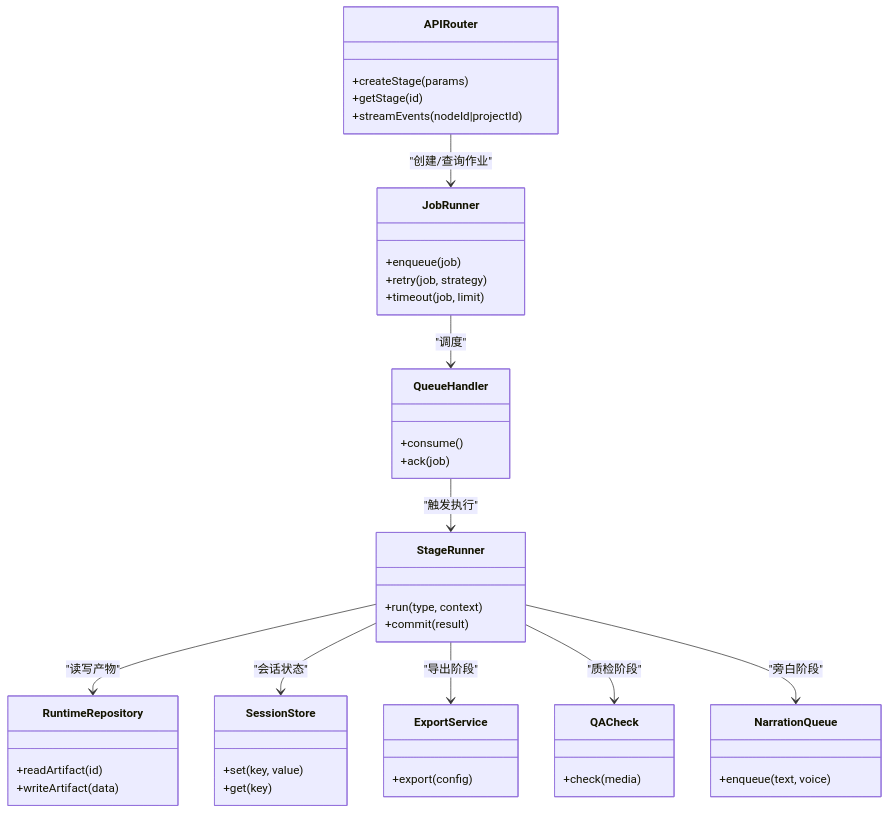
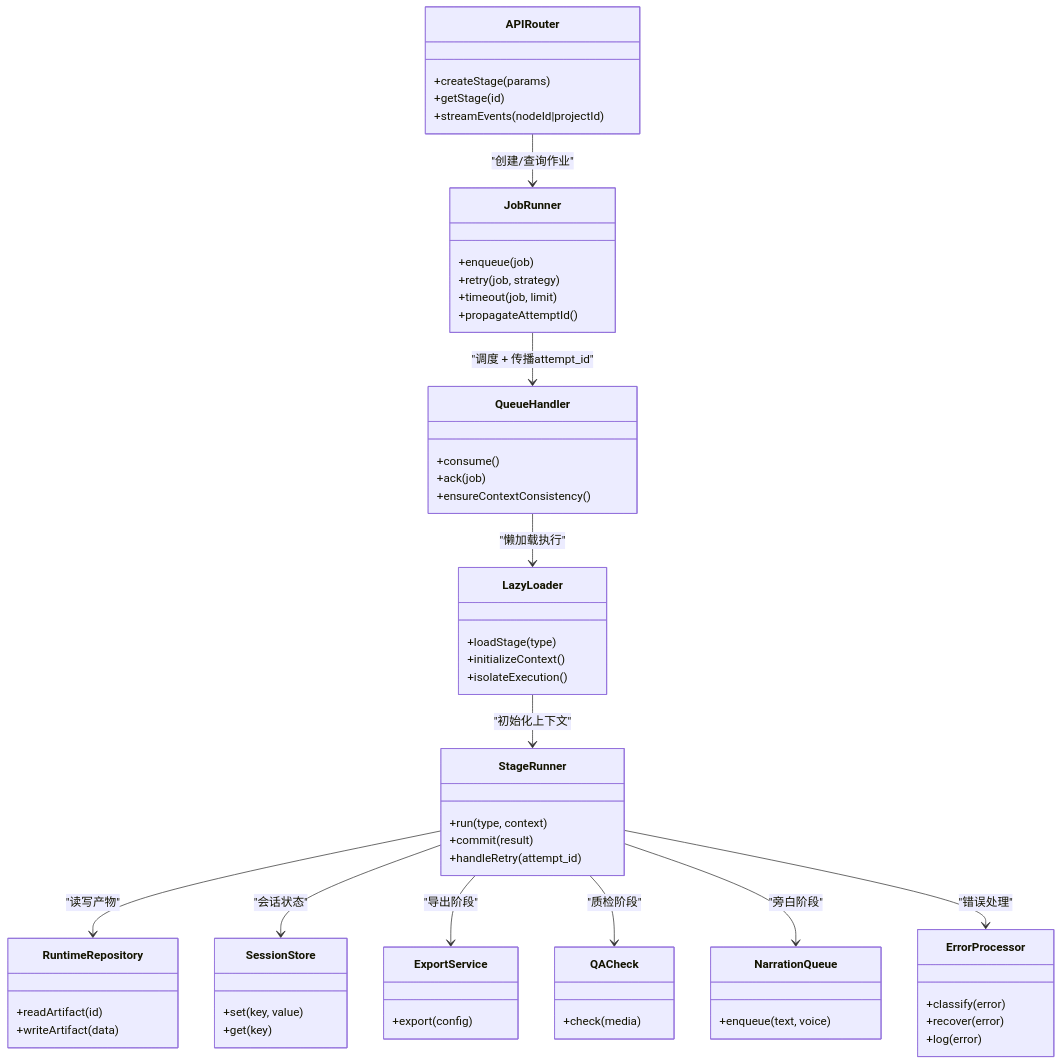
One commit to scottcwy/PurpleInk changed the third of 3 diagrams in .qoder/repowiki/zh/content/API参考/导演系统API/阶段执行API.md. Above: the diagram before and after it, drawn with Mermaid. The commit also changed other lines of this file and 109 other files, not shown here.

````diff
--- a/.qoder/repowiki/zh/content/API参考/导演系统API/阶段执行API.md
+++ b/.qoder/repowiki/zh/content/API参考/导演系统API/阶段执行API.md
@@ -269,46 +329,61 @@
 ```mermaid
 classDiagram
 class APIRouter {
 +createStage(params)
 +getStage(id)
 +streamEvents(nodeId|projectId)
 }
 class JobRunner {
 +enqueue(job)
 +retry(job, strategy)
 +timeout(job, limit)
++propagateAttemptId()
+}
+class QueueHandler {
++consume()
++ack(job)
++ensureContextConsistency()
+}
+class LazyLoader {
++loadStage(type)
++initializeContext()
++isolateExecution()
 }
 class StageRunner {
 +run(type, context)
 +commit(result)
++handleRetry(attempt_id)
 }
 class RuntimeRepository {
 +readArtifact(id)
 +writeArtifact(data)
 }
 class SessionStore {
 +set(key, value)
 +get(key)
-}
-class QueueHandler {
-+consume()
-+ack(job)
 }
 class ExportService {
 +export(config)
 }
 class QACheck {
 +check(media)
 }
 class NarrationQueue {
 +enqueue(text, voice)
 }
+class ErrorProcessor {
++classify(error)
++recover(error)
++log(error)
+}
 APIRouter --> JobRunner : "创建/查询作业"
-JobRunner --> QueueHandler : "调度"
-QueueHandler --> StageRunner : "触发执行"
+JobRunner --> QueueHandler : "调度 + 传播attempt_id"
+QueueHandler --> LazyLoader : "懒加载执行"
+LazyLoader --> StageRunner : "初始化上下文"
 StageRunner --> RuntimeRepository : "读写产物"
 StageRunner --> SessionStore : "会话状态"
 StageRunner --> ExportService : "导出阶段"
 StageRunner --> QACheck : "质检阶段"
 StageRunner --> NarrationQueue : "旁白阶段"
+StageRunner --> ErrorProcessor : "错误处理"
 ```
````
